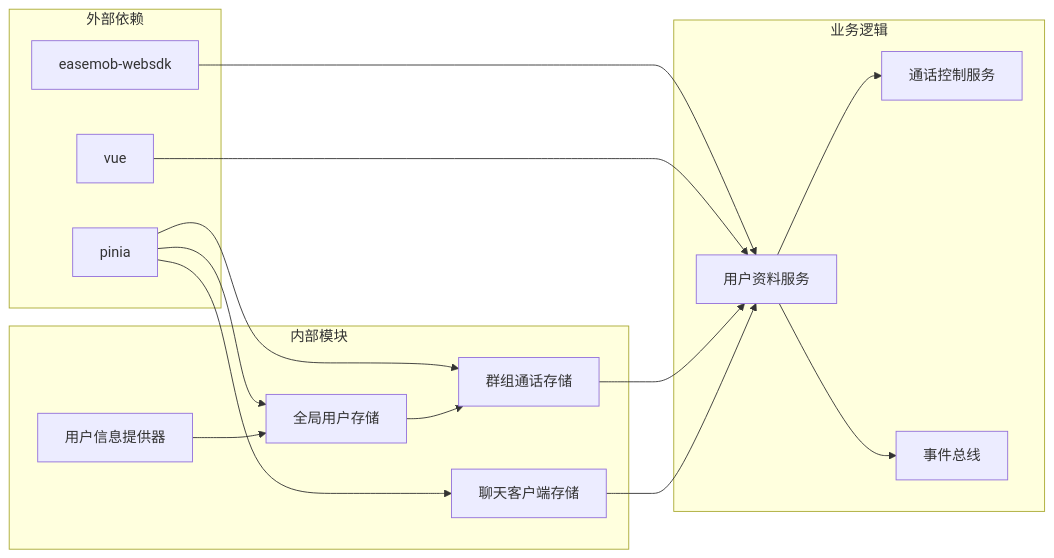
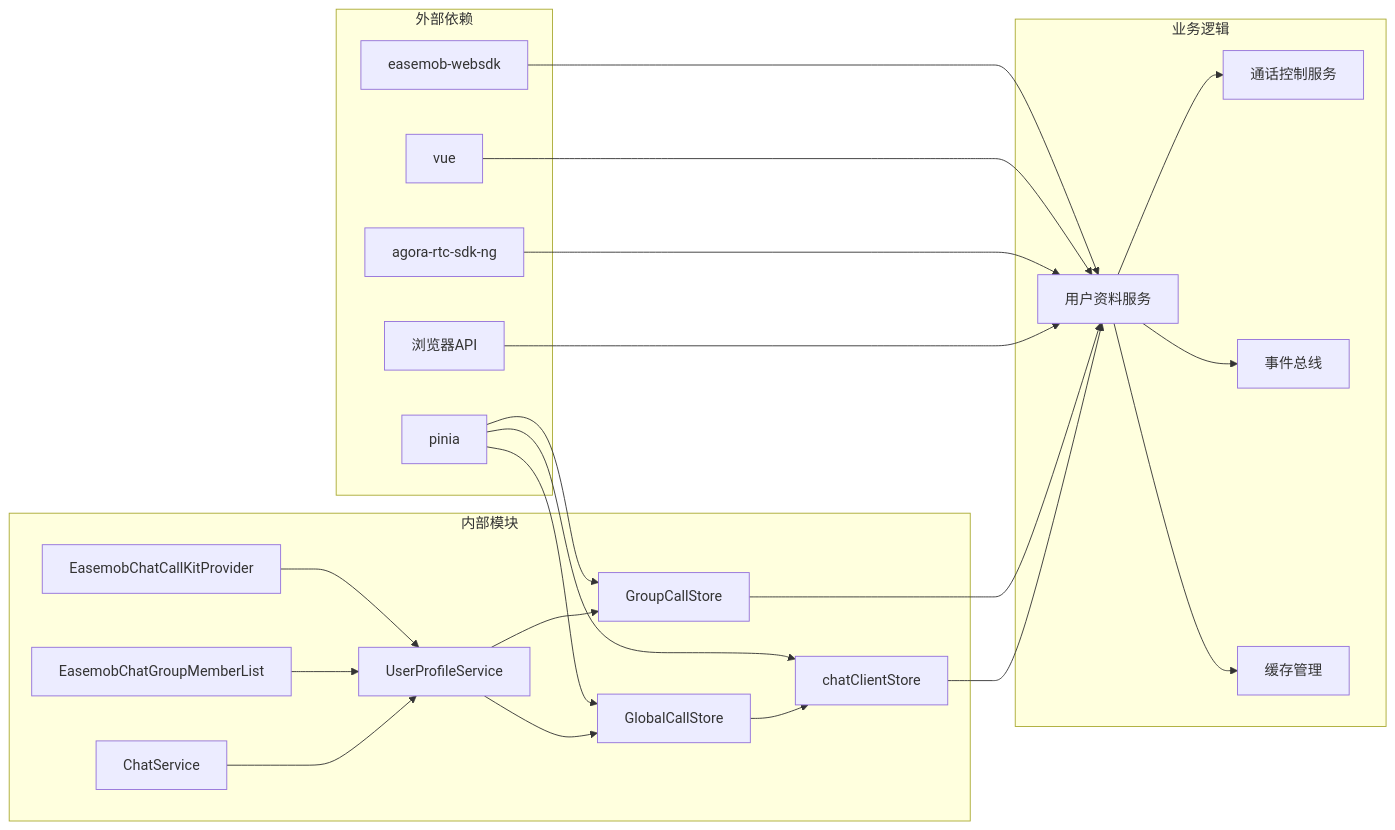
One commit to Easemob-Community/easemob-uikit-callkit-vue3 changed the ninth of 9 diagrams in .qoder/repowiki/zh/content/服务层/用户资料服务.md. Above: the diagram before and after it, drawn with Mermaid. The commit also changed other lines of this file and 12 other files, not shown here.

First line of the commit message:
feat: call / groupCall 支持主动传入 caller userInfo

````diff
--- a/.qoder/repowiki/zh/content/服务层/用户资料服务.md
+++ b/.qoder/repowiki/zh/content/服务层/用户资料服务.md
@@ -269,30 +399,43 @@
 ```mermaid
 graph LR
 subgraph "外部依赖"
 A[easemob-websdk]
 B[pinia]
 C[vue]
+D[agora-rtc-sdk-ng]
+E[浏览器API]
 end
 subgraph "内部模块"
-D[用户信息提供器]
-E[全局用户存储]
-F[群组通话存储]
-G[聊天客户端存储]
+F[UserProfileService]
+G[GlobalCallStore]
+H[GroupCallStore]
+I[chatClientStore]
+J[EasemobChatCallKitProvider]
+K[EasemobChatGroupMemberList]
+L[ChatService]
 end
 subgraph "业务逻辑"
-H[用户资料服务]
-I[通话控制服务]
-J[事件总线]
+M[用户资料服务]
+N[通话控制服务]
+O[事件总线]
+P[缓存管理]
 end
-A --> H
-B --> E
-B --> F
+A --> M
 B --> G
-C --> H
-D --> E
-E --> F
+B --> H
+B --> I
+C --> M
+D --> M
+E --> M
+F --> G
 F --> H
-G --> H
-H --> I
-H --> J
+G --> I
+H --> M
+I --> M
+J --> F
+K --> F
+L --> F
+M --> N
+M --> O
+M --> P
 ```
````
